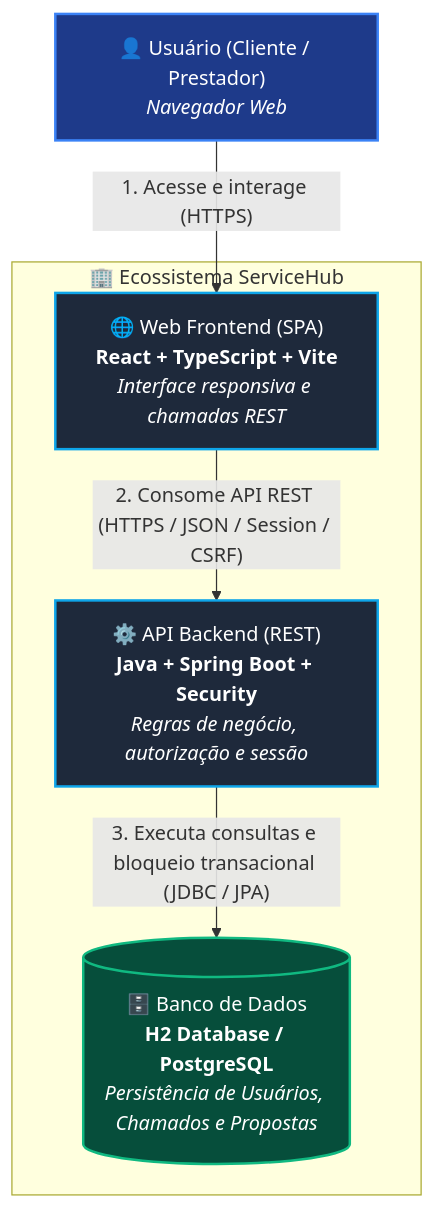
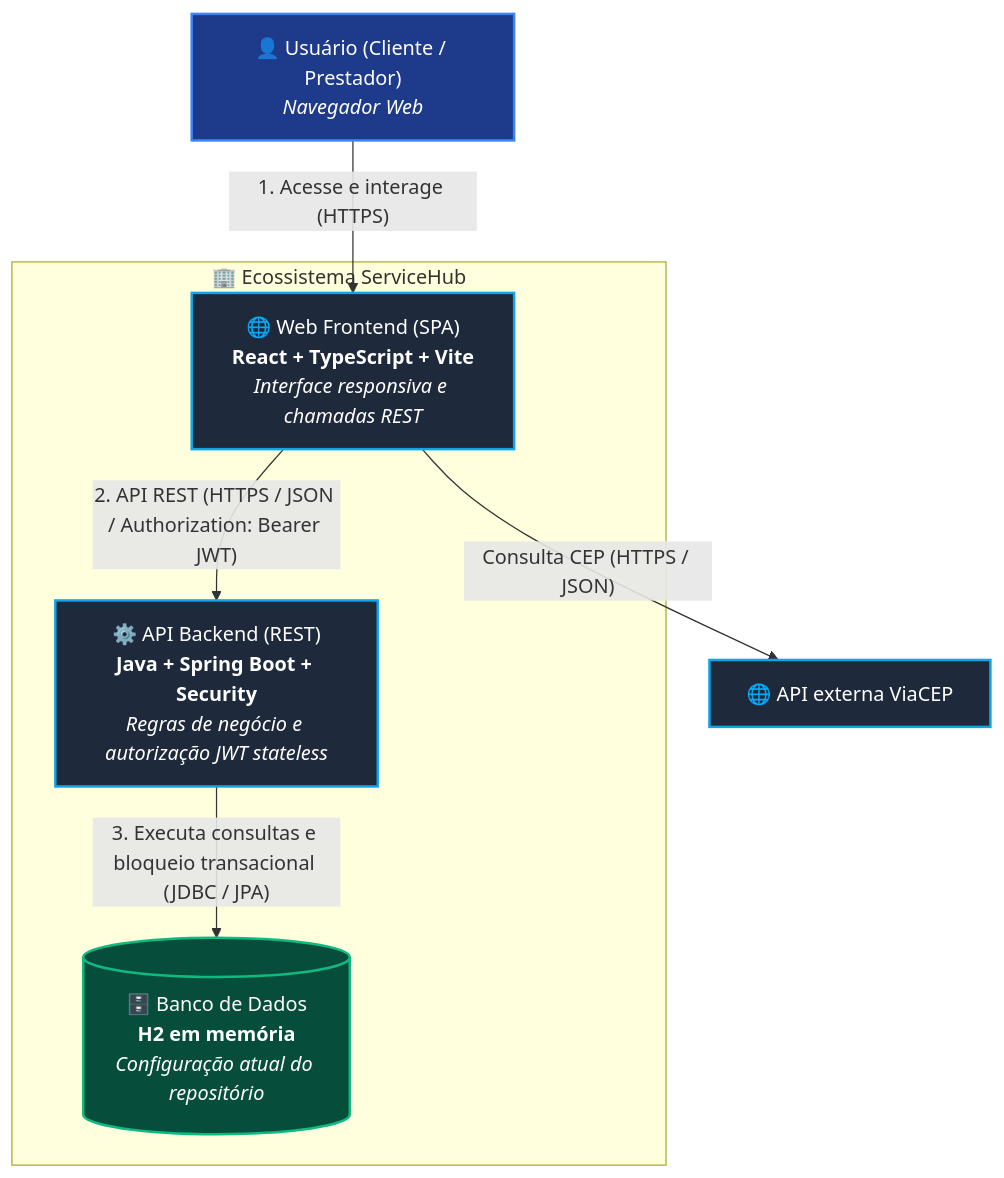
The second of 2 diagrams in docs/ARQUITETURA.md (IFSC-ES2/es2-2026_2-equipe-1), drawn with Mermaid before and after one commit. The commit also changed other lines of this file and 4 other files, not shown here.

Commit message:
docs: reconcilia arquitetura, ADRs e padroes OO com autenticacao JWT stateless

````diff
--- a/docs/ARQUITETURA.md
+++ b/docs/ARQUITETURA.md
@@ -44,18 +46,20 @@
 ```mermaid
     graph TB
     classDef person fill:#1e3a8a,stroke:#3b82f6,stroke-width:2px,color:#ffffff;
     classDef container fill:#1e293b,stroke:#0ea5e9,stroke-width:2px,color:#ffffff;
     classDef db fill:#064e3b,stroke:#10b981,stroke-width:2px,color:#ffffff;
 
     Usuario["👤 Usuário (Cliente / Prestador)<br/><i>Navegador Web</i>"]:::person
 
     subgraph Ecossistema[" 🏢 Ecossistema ServiceHub "]
         Frontend["🌐 Web Frontend (SPA)<br/><b>React + TypeScript + Vite</b><br/><i>Interface responsiva e chamadas REST</i>"]:::container
-        Backend["⚙️ API Backend (REST)<br/><b>Java + Spring Boot + Security</b><br/><i>Regras de negócio, autorização e sessão</i>"]:::container
-        Database[("🗄️ Banco de Dados<br/><b>H2 Database / PostgreSQL</b><br/><i>Persistência de Usuários, Chamados e Propostas</i>")]:::db
+        Backend["⚙️ API Backend (REST)<br/><b>Java + Spring Boot + Security</b><br/><i>Regras de negócio e autorização JWT stateless</i>"]:::container
+        Database[("🗄️ Banco de Dados<br/><b>H2 em memória</b><br/><i>Configuração atual do repositório</i>")]:::db
     end
 
     Usuario -->|"1. Acesse e interage (HTTPS)"| Frontend
-    Frontend -->|"2. Consome API REST (HTTPS / JSON / Session / CSRF)"| Backend
+    Frontend -->|"2. API REST (HTTPS / JSON / Authorization: Bearer JWT)"| Backend
     Backend -->|"3. Executa consultas e bloqueio transacional (JDBC / JPA)"| Database
+    ViaCEP["🌐 API externa ViaCEP"]:::container
+    Frontend -->|"Consulta CEP (HTTPS / JSON)"| ViaCEP
 ```
````
